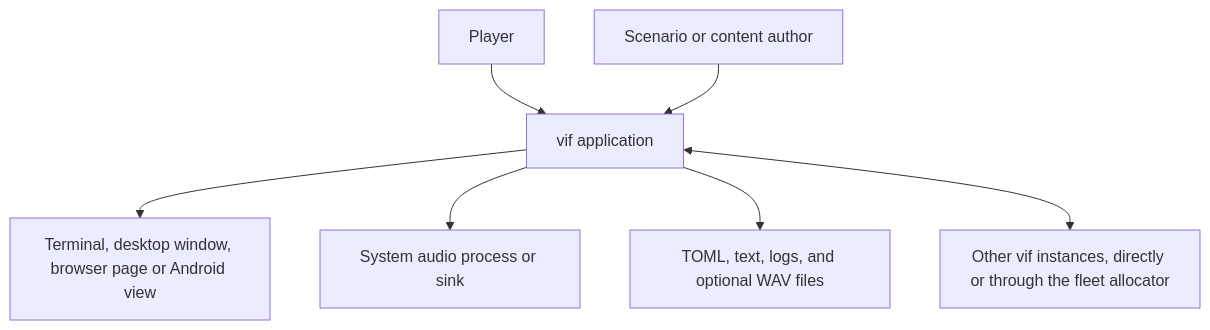
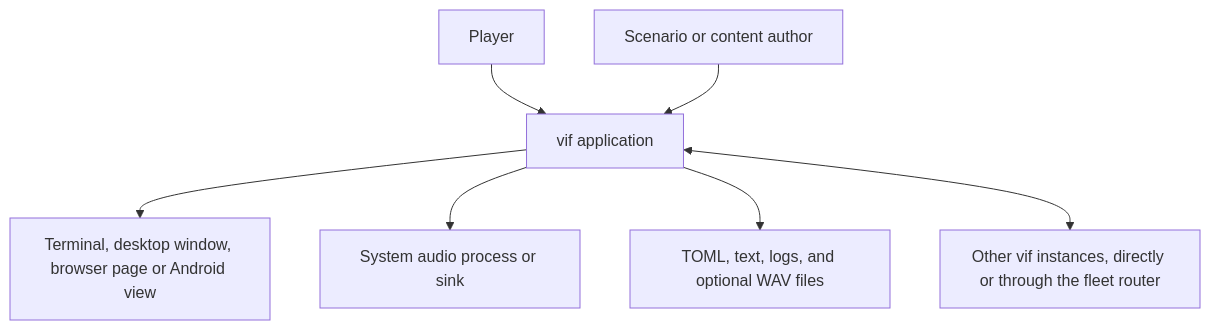
The first of 3 diagrams in doc/architecture.md (lixenwraith/vif), drawn with Mermaid before and after one commit. The commit also changed other lines of this file and 125 other files, not shown here.

Commit message:
Install in place, grid cell list, relay fixes, doors via vif-router (#837)

````diff
--- a/doc/architecture.md
+++ b/doc/architecture.md
@@ -17,9 +17,9 @@
 ```mermaid
 flowchart TD
     Player["Player"] --> App["vif application"]
     Author["Scenario or content author"] --> App
     App --> Presentation["Terminal, desktop window, browser page or Android view"]
     App --> Audio["System audio process or sink"]
     App --> Files["TOML, text, logs, and optional WAV files"]
-    App <--> Peers["Other vif instances, directly or through the fleet allocator"]
+    App <--> Peers["Other vif instances, directly or through the fleet router"]
 ```
````
